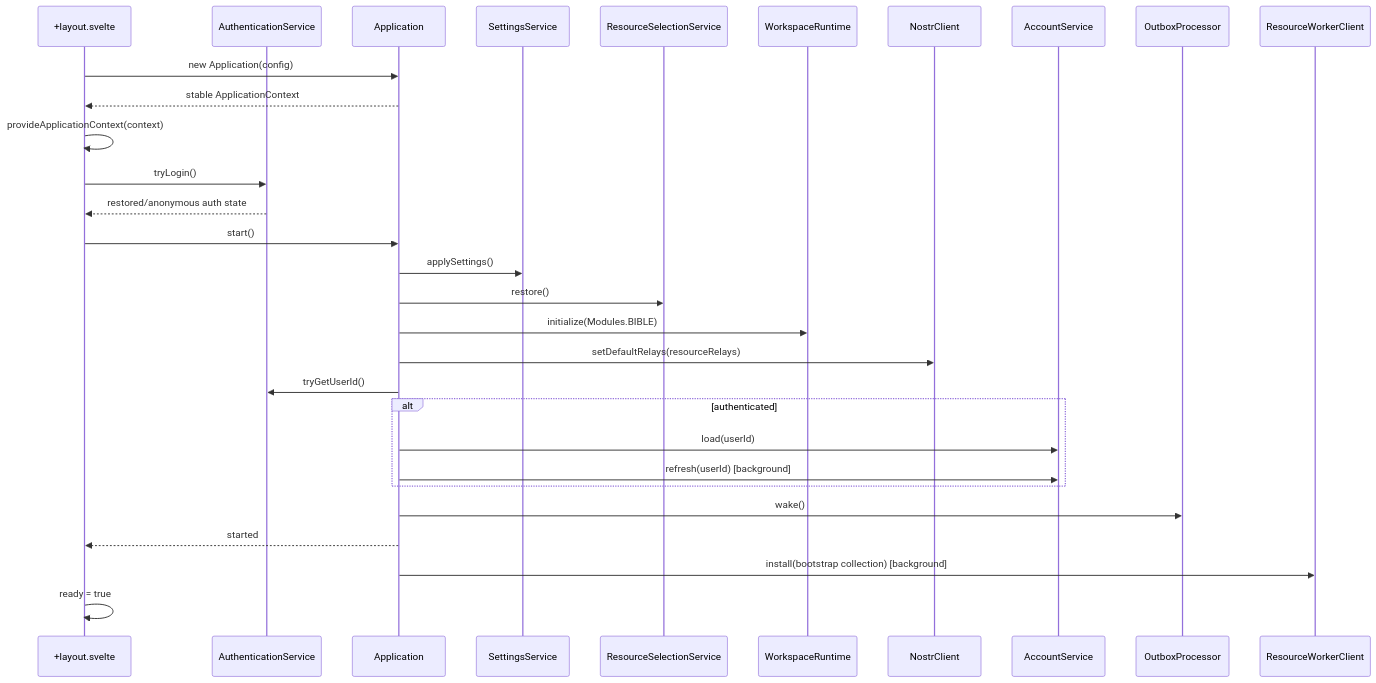
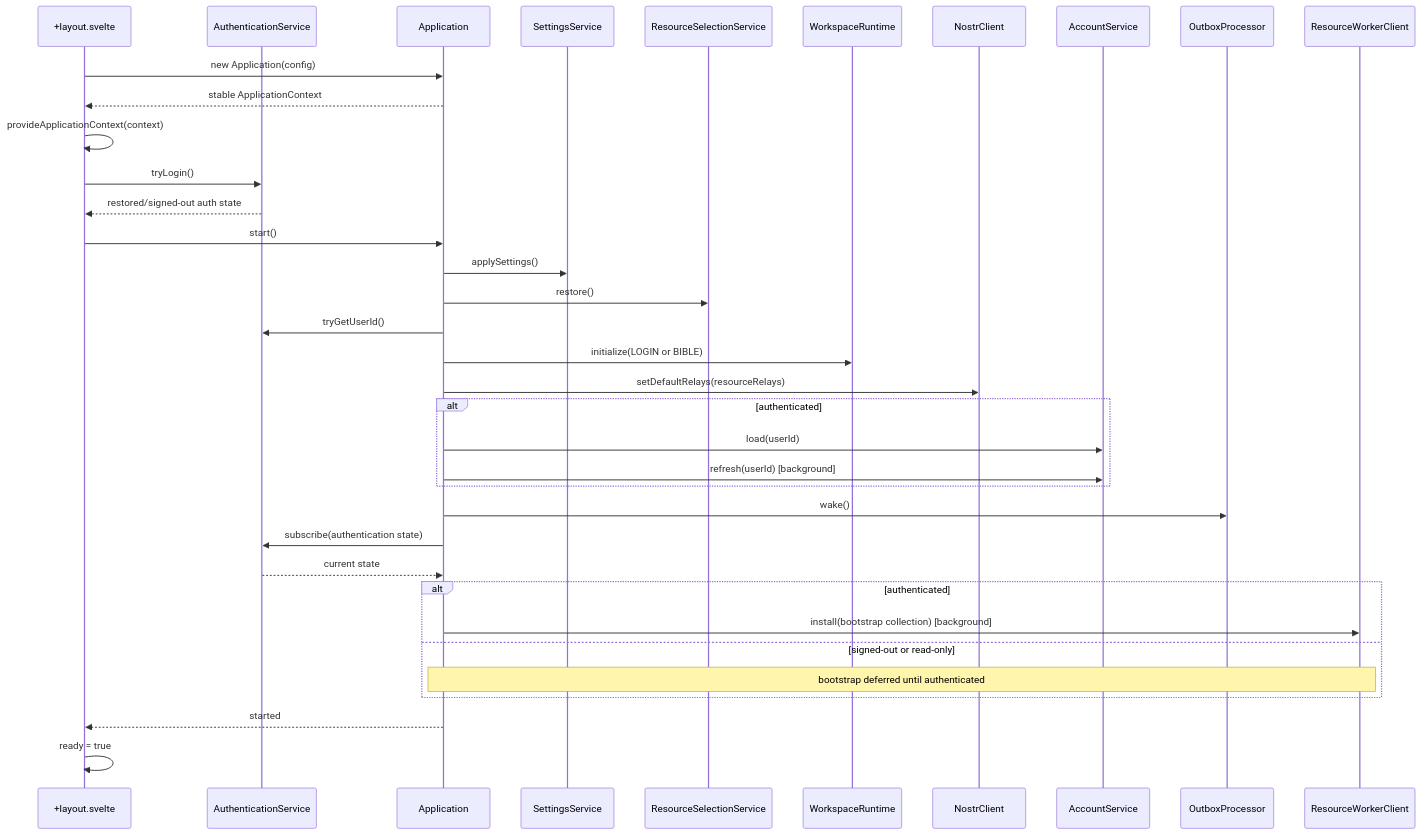
Before and after one commit to kjvonly/kjvonly.bible: the first of 2 diagrams in docs/03_implementation/platform/005-application-startup.md, drawn with Mermaid. The commit also changed other lines of this file and 30 other files, not shown here.

Commit message:
* auth aware fresh workspace login * separate create account and nsec login * authenticated bootstrap after login * nsec visibility in profile module * nostr edit profile

````diff
--- a/docs/03_implementation/platform/005-application-startup.md
+++ b/docs/03_implementation/platform/005-application-startup.md
@@ -1669,33 +1672,39 @@
 ```mermaid
 sequenceDiagram
     participant Layout as +layout.svelte
     participant Auth as AuthenticationService
     participant App as Application
     participant Settings as SettingsService
     participant Selection as ResourceSelectionService
     participant Workspace as WorkspaceRuntime
     participant Nostr as NostrClient
     participant Account as AccountService
     participant Outbox as OutboxProcessor
     participant Resource as ResourceWorkerClient
 
     Layout->>App: new Application(config)
     App-->>Layout: stable ApplicationContext
     Layout->>Layout: provideApplicationContext(context)
     Layout->>Auth: tryLogin()
-    Auth-->>Layout: restored/anonymous auth state
+    Auth-->>Layout: restored/signed-out auth state
     Layout->>App: start()
     App->>Settings: applySettings()
     App->>Selection: restore()
-    App->>Workspace: initialize(Modules.BIBLE)
+    App->>Auth: tryGetUserId()
+    App->>Workspace: initialize(LOGIN or BIBLE)
     App->>Nostr: setDefaultRelays(resourceRelays)
-    App->>Auth: tryGetUserId()
     alt authenticated
         App->>Account: load(userId)
         App->>Account: refresh(userId) [background]
     end
     App->>Outbox: wake()
+    App->>Auth: subscribe(authentication state)
+    Auth-->>App: current state
+    alt authenticated
+        App->>Resource: install(bootstrap collection) [background]
+    else signed-out or read-only
+        Note over App,Resource: bootstrap deferred until authenticated
+    end
     App-->>Layout: started
-    App->>Resource: install(bootstrap collection) [background]
     Layout->>Layout: ready = true
 ```
````
